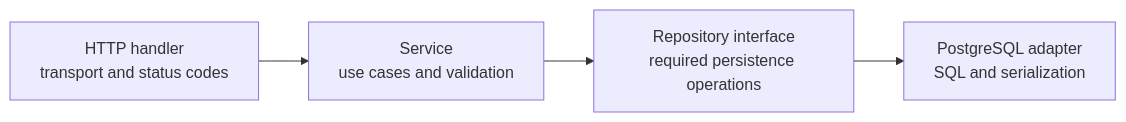
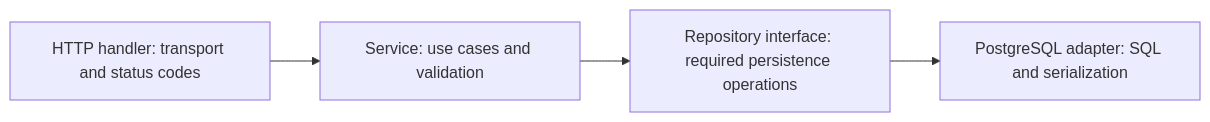
Before and after one commit to twhAuto/autonomous_battlefield: the diagram in docs/developer/backend-guide.md, drawn with Mermaid. The commit also changed other lines of this file and 4 other files, not shown here.

Commit message:
docs: organize architecture and contributor reading paths

````diff
--- a/docs/developer/backend-guide.md
+++ b/docs/developer/backend-guide.md
@@ -11,9 +16,9 @@
 ```mermaid
 flowchart LR
-    Handler[HTTP handler<br/>transport and status codes]
-    Service[Service<br/>use cases and validation]
-    Contract[Repository interface<br/>required persistence operations]
-    Adapter[PostgreSQL adapter<br/>SQL and serialization]
+    Handler["HTTP handler: transport and status codes"]
+    Service["Service: use cases and validation"]
+    Contract["Repository interface: required persistence operations"]
+    Adapter["PostgreSQL adapter: SQL and serialization"]
 
     Handler --> Service --> Contract --> Adapter
 ```
````
